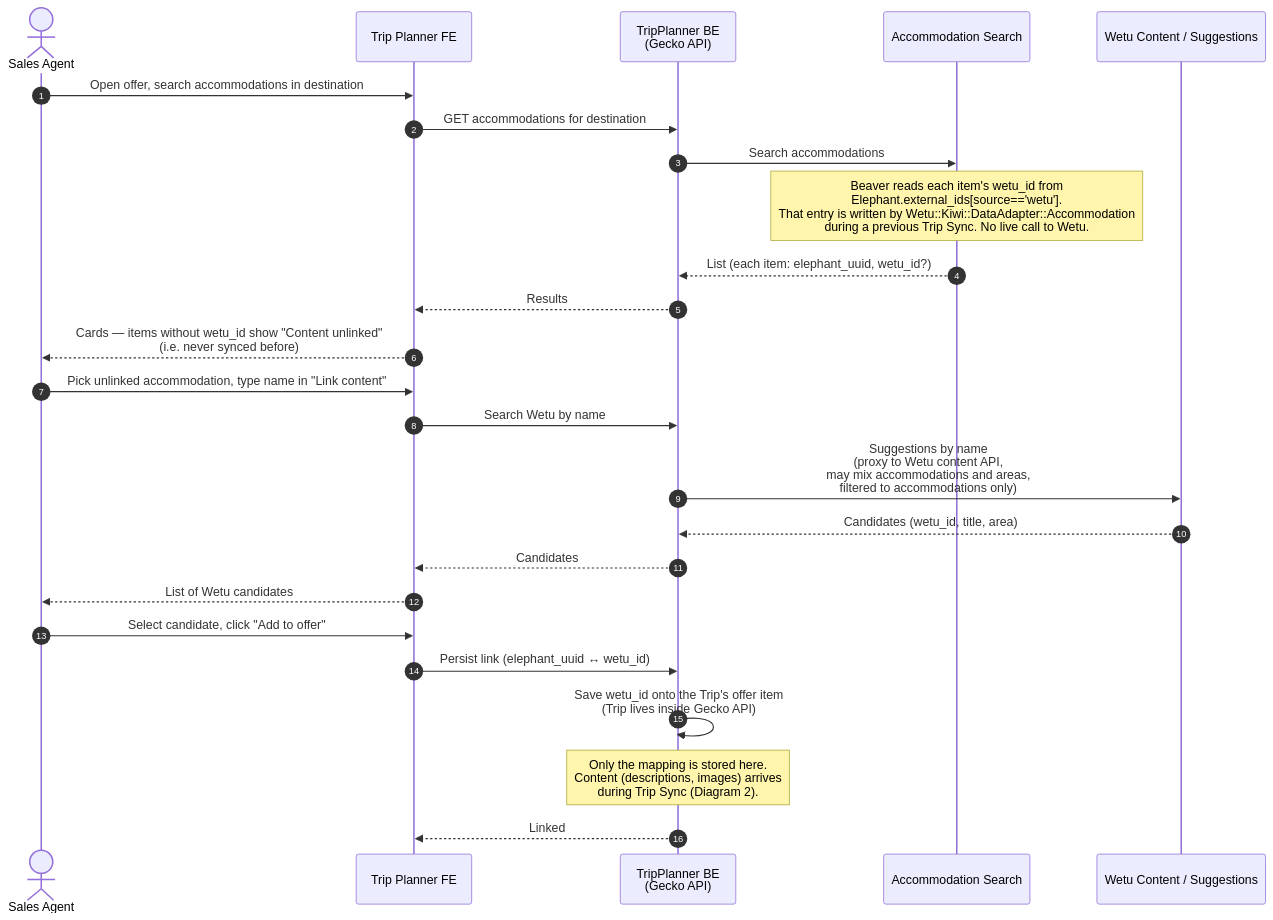
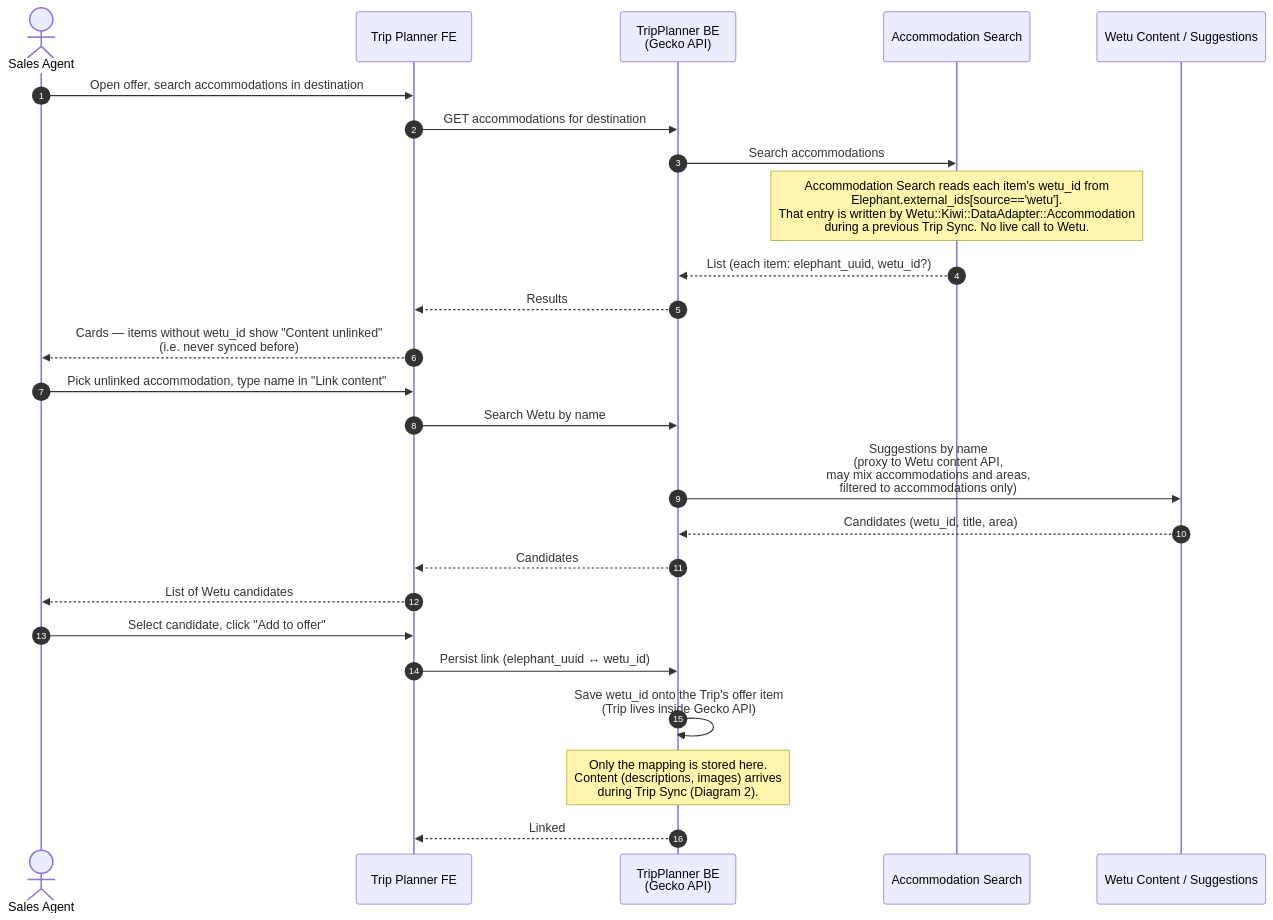
One commit to kliuchnikau-tourlane/ClaudeCowork changed the first of 5 diagrams in OUTPUTS/2026-04-24_TripPlannerWetu-sequence-diagrams/TripPlannerWetu_Documentation.md. Above: the diagram before and after it, drawn with Mermaid. The commit also changed other lines of this file and 6 other files, not shown here.

First line of the commit message:
Strip Beaver from diagrams/text; fix Diagram 2 parse error

````diff
--- a/OUTPUTS/2026-04-24_TripPlannerWetu-sequence-diagrams/TripPlannerWetu_Documentation.md
+++ b/OUTPUTS/2026-04-24_TripPlannerWetu-sequence-diagrams/TripPlannerWetu_Documentation.md
@@ -24,30 +24,30 @@
 ```mermaid
 sequenceDiagram
     autonumber
     actor Agent as Sales Agent
     participant TP as Trip Planner FE
     participant BE as TripPlanner BE<br/>(Gecko API)
     participant AS as Accommodation Search
     participant Wetu as Wetu Content / Suggestions
 
     Agent->>TP: Open offer, search accommodations in destination
     TP->>BE: GET accommodations for destination
     BE->>AS: Search accommodations
-    Note over AS: Beaver reads each item's wetu_id from<br/>Elephant.external_ids[source=='wetu'].<br/>That entry is written by Wetu::Kiwi::DataAdapter::Accommodation<br/>during a previous Trip Sync. No live call to Wetu.
+    Note over AS: Accommodation Search reads each item's wetu_id from<br/>Elephant.external_ids[source=='wetu'].<br/>That entry is written by Wetu::Kiwi::DataAdapter::Accommodation<br/>during a previous Trip Sync. No live call to Wetu.
     AS-->>BE: List (each item: elephant_uuid, wetu_id?)
     BE-->>TP: Results
     TP-->>Agent: Cards — items without wetu_id show "Content unlinked"<br/>(i.e. never synced before)
 
     Agent->>TP: Pick unlinked accommodation, type name in "Link content"
     TP->>BE: Search Wetu by name
     BE->>Wetu: Suggestions by name<br/>(proxy to Wetu content API,<br/>may mix accommodations and areas,<br/>filtered to accommodations only)
     Wetu-->>BE: Candidates (wetu_id, title, area)
     BE-->>TP: Candidates
     TP-->>Agent: List of Wetu candidates
 
     Agent->>TP: Select candidate, click "Add to offer"
     TP->>BE: Persist link (elephant_uuid ↔ wetu_id)
     BE->>BE: Save wetu_id onto the Trip's offer item<br/>(Trip lives inside Gecko API)
     Note over BE: Only the mapping is stored here.<br/>Content (descriptions, images) arrives<br/>during Trip Sync (Diagram 2).
     BE-->>TP: Linked
 ```
````
